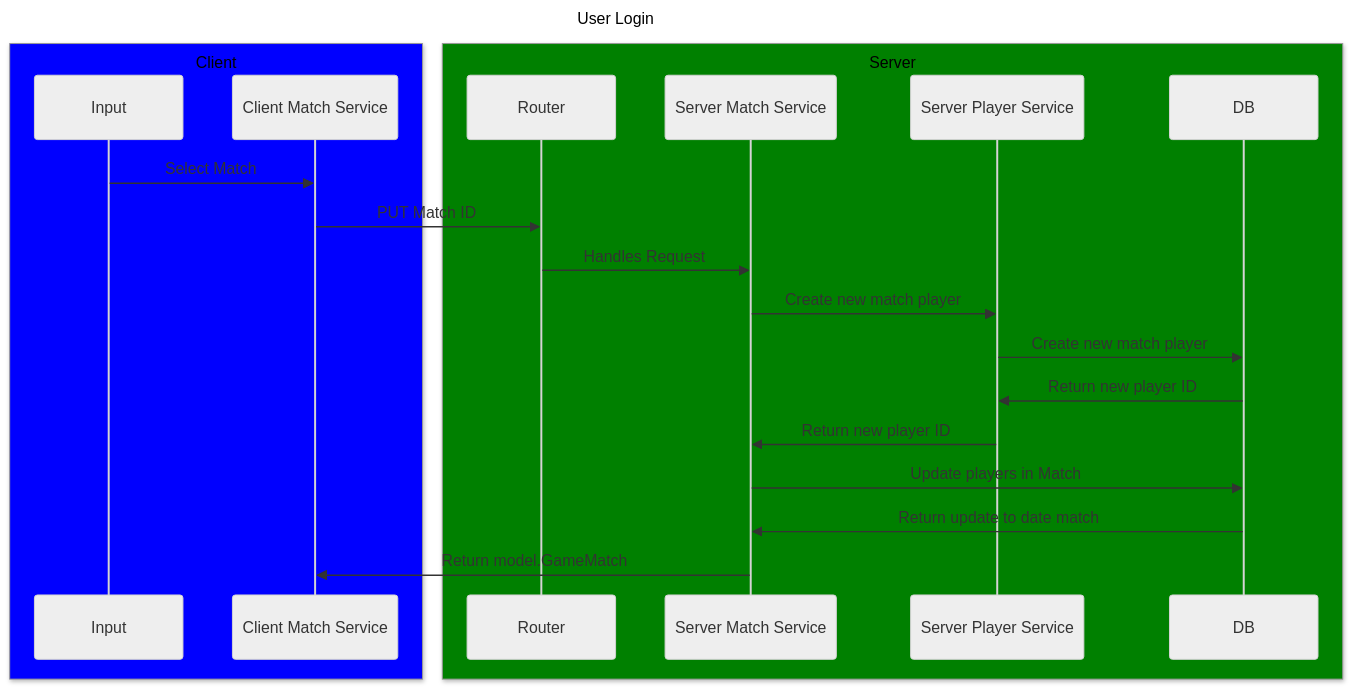
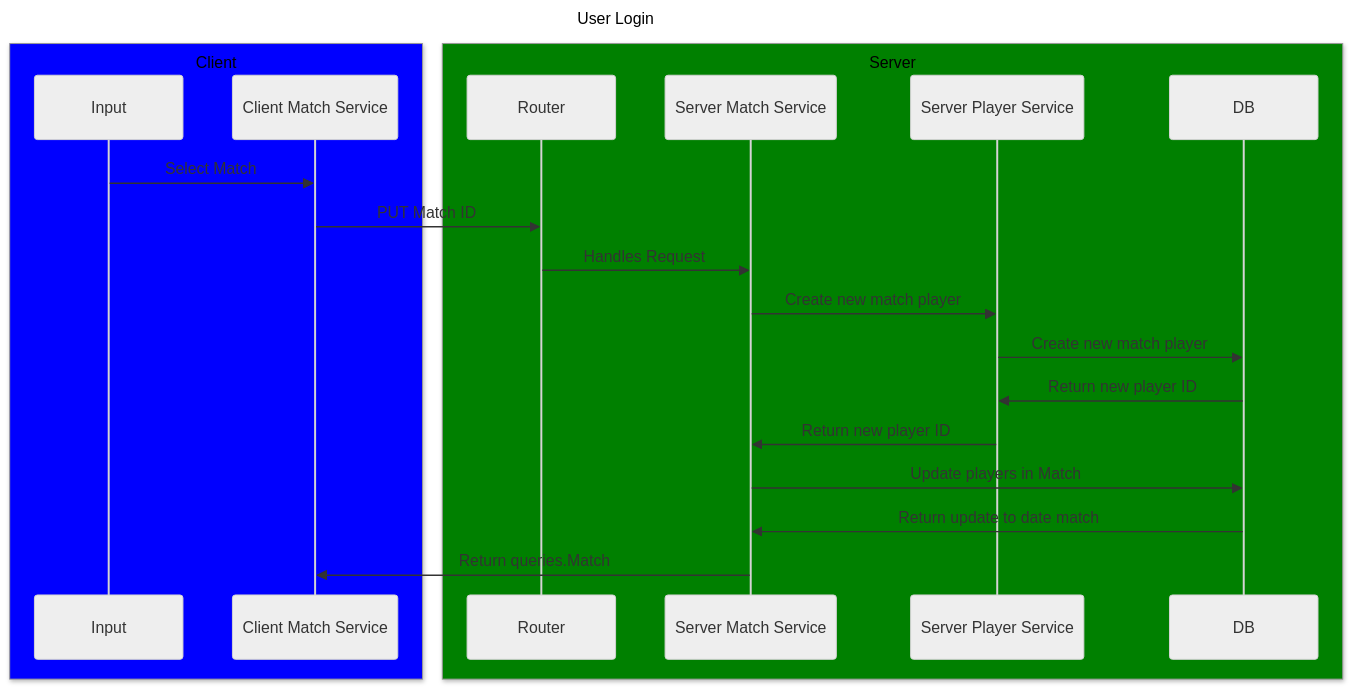
One commit to bardic/gocrib changed the diagram in model/diagrams/selectMatch.md. Above: the diagram before and after it, drawn with Mermaid (neutral theme). The commit also changed 37 other files, not shown here.

````diff
--- a/model/diagrams/selectMatch.md
+++ b/model/diagrams/selectMatch.md
@@ -1,27 +1,27 @@
 ```mermaid
 ---
     title: User Login
 ---
 
 sequenceDiagram
     box Blue Client
     participant CI as Input
     participant CM as Client Match Service
     end
     box Green Server
     participant SR as Router
     participant SM as Server Match Service
     participant SP as Server Player Service
     participant DB
     end
     CI->>CM: Select Match
     CM->>SR: PUT Match ID
     SR->>SM: Handles Request
     SM->>SP: Create new match player
     SP->>DB: Create new match player
     DB->>SP: Return new player ID
     SP->>SM: Return new player ID
     SM->>DB: Update players in Match
     DB->>SM: Return update to date match
-    SM->>CM: Return model.GameMatch
+    SM->>CM: Return queries.Match
 ```
````
